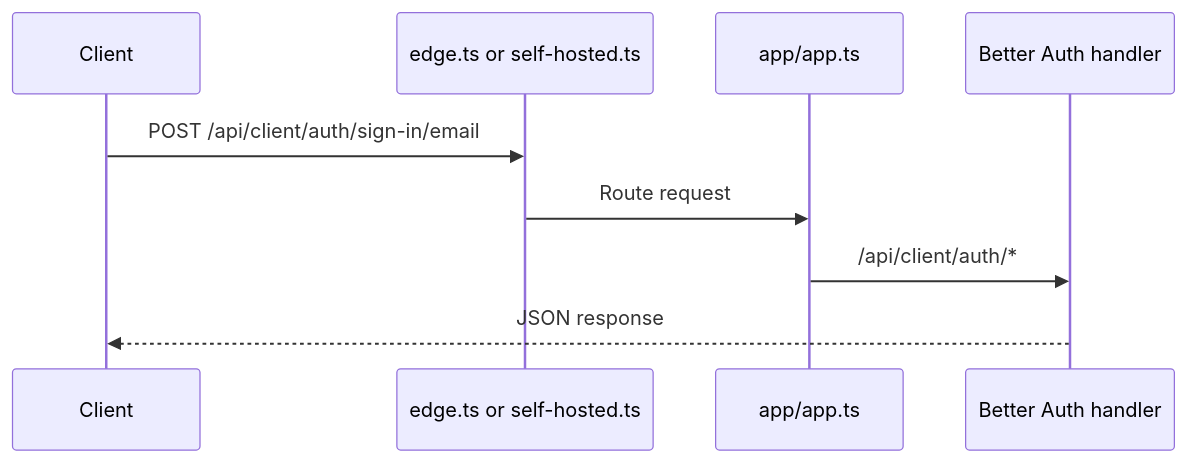
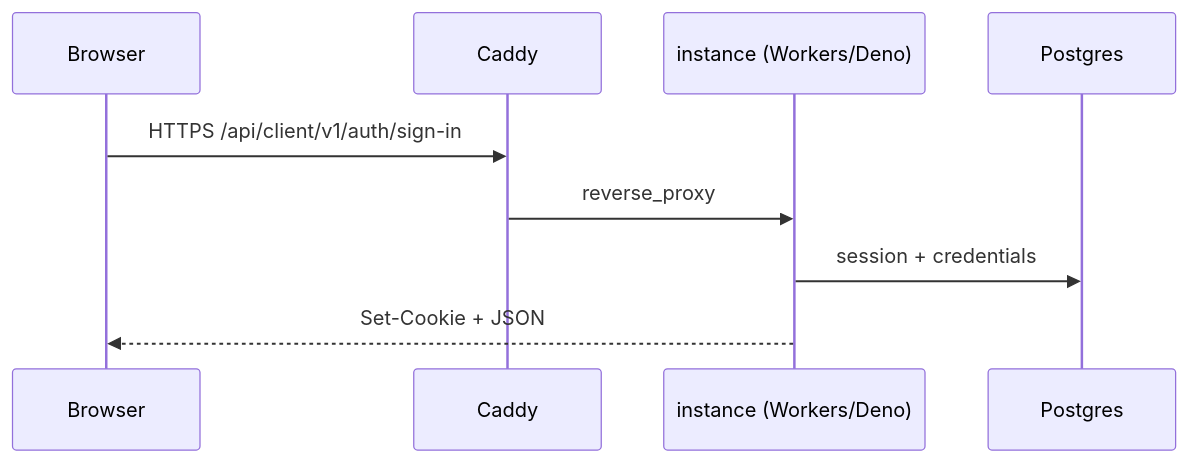
The diagram in docs/architecture/api.mdx (TurboPanel/website), drawn with Mermaid before and after one commit. The commit also changed other lines of this file and 19 other files, not shown here.

First line of the commit message:
Add redirects in Next.js configuration and update documentation for multi-repo architecture

````diff
--- a/docs/architecture/api.mdx
+++ b/docs/architecture/api.mdx
@@ -50,12 +43,12 @@
 ```mermaid
 sequenceDiagram
-    participant Client
-    participant Entry as edge.ts or self-hosted.ts
-    participant App as app/app.ts
-    participant Auth as Better Auth handler
+    participant Browser
+    participant Caddy
+    participant Instance as instance (Workers/Deno)
+    participant DB as Postgres
 
-    Client->>Entry: POST /api/client/auth/sign-in/email
-    Entry->>App: Route request
-    App->>Auth: /api/client/auth/*
-    Auth-->>Client: JSON response
+    Browser->>Caddy: HTTPS /api/client/v1/auth/sign-in
+    Caddy->>Instance: reverse_proxy
+    Instance->>DB: session + credentials
+    Instance-->>Browser: Set-Cookie + JSON
 ```
````
